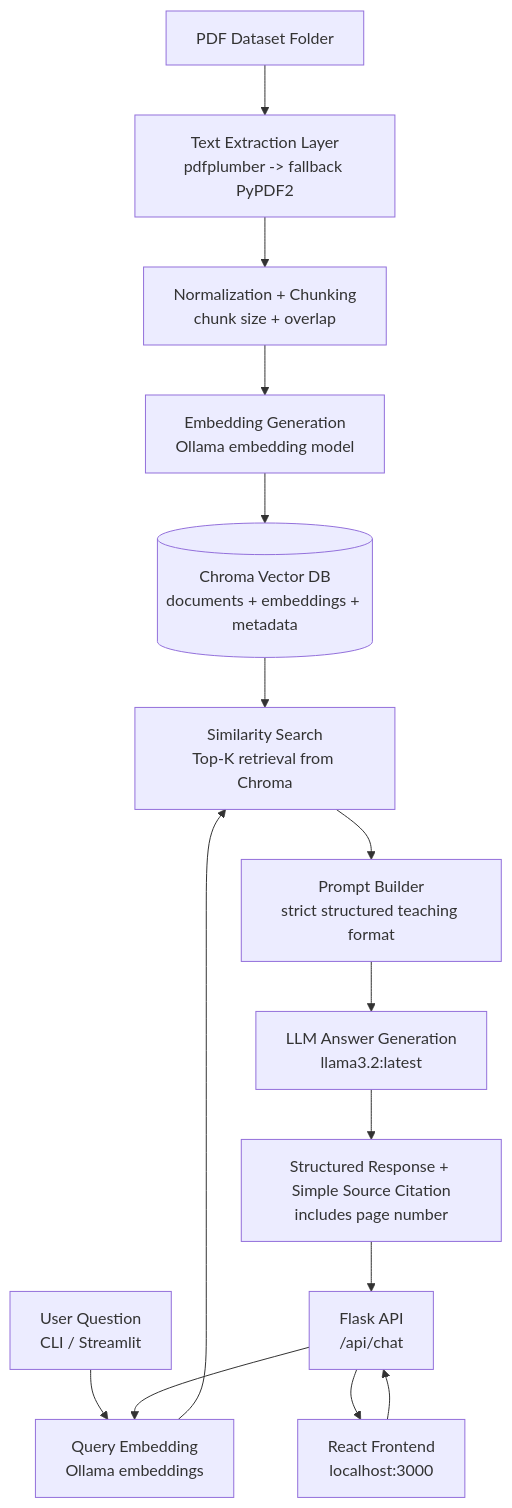
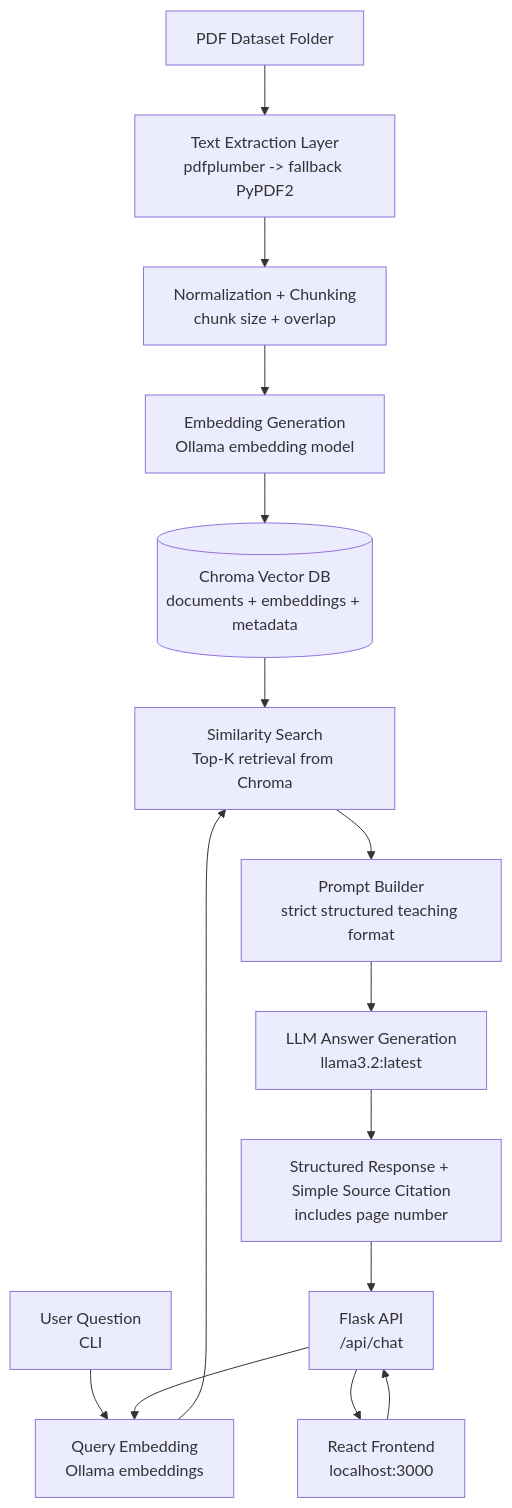
One commit to DineshTechCrafts/Biostat-AI-Chatbot-using-LLM-and-RAG changed the diagram in README.md. Above: the diagram before and after it, drawn with Mermaid. The commit also changed other lines of this file and 2 other files, not shown here.

Commit message:
Remove Streamlit UI; use React + Flask only

````diff
--- a/README.md
+++ b/README.md
@@ -47,19 +46,19 @@
 ```mermaid
 flowchart TD
     A[PDF Dataset Folder] --> B[Text Extraction Layer<br/>pdfplumber -> fallback PyPDF2]
     B --> C[Normalization + Chunking<br/>chunk size + overlap]
     C --> D[Embedding Generation<br/>Ollama embedding model]
     D --> E[(Chroma Vector DB<br/>documents + embeddings + metadata)]
 
     F[React Frontend<br/>localhost:3000] --> API[Flask API<br/>/api/chat]
-    U[User Question<br/>CLI / Streamlit] --> Q[Query Embedding<br/>Ollama embeddings]
+    U[User Question<br/>CLI] --> Q[Query Embedding<br/>Ollama embeddings]
     API --> Q
     Q --> R[Similarity Search<br/>Top-K retrieval from Chroma]
     R --> P[Prompt Builder<br/>strict structured teaching format]
     P --> L[LLM Answer Generation<br/>llama3.2:latest]
     L --> O[Structured Response + Simple Source Citation<br/>includes page number]
     O --> API
     API --> F
 
     E --> R
 ```
````
